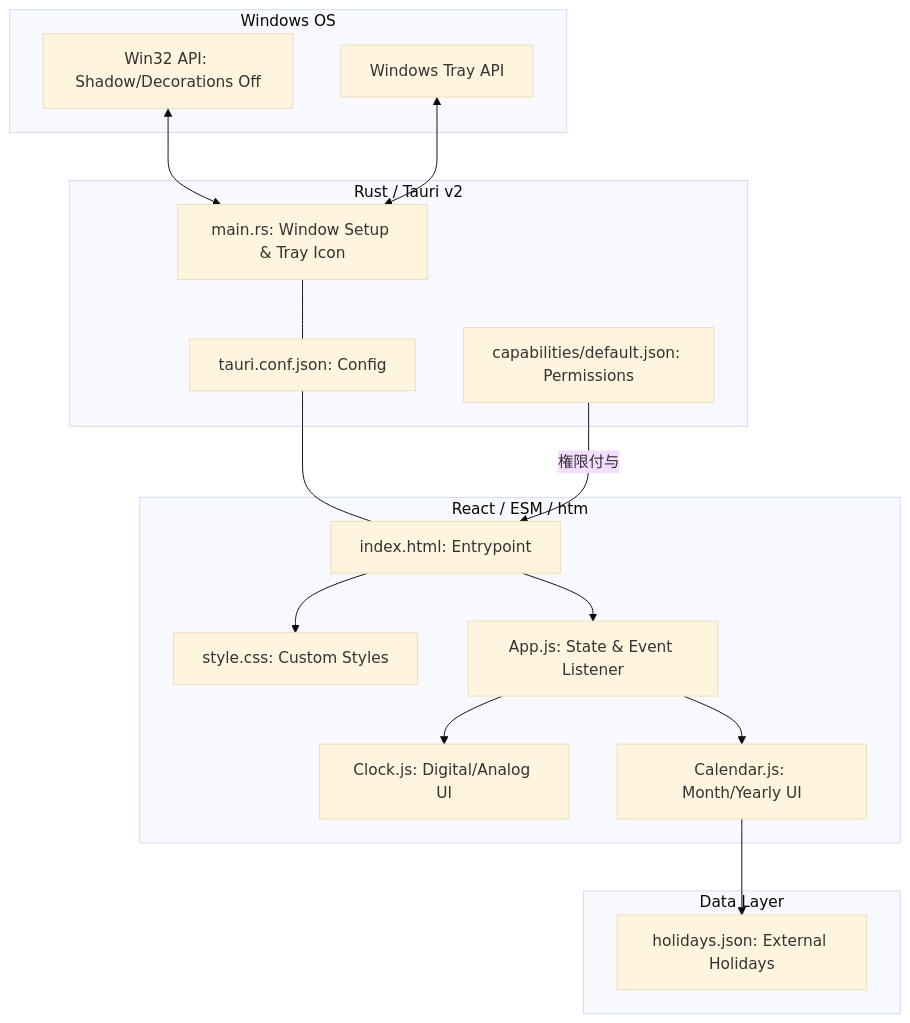
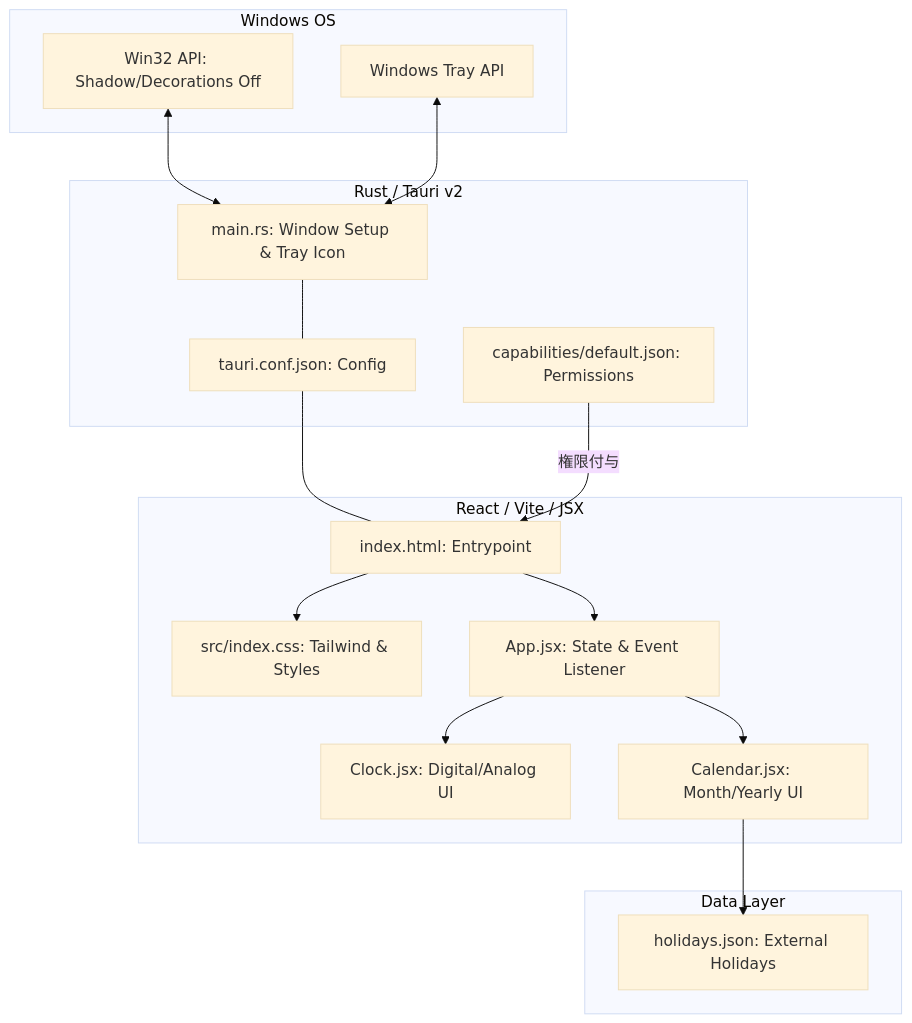
The diagram in docs/SPECIFICATION.md (tkshnkgwr/clondar), drawn with Mermaid (base theme) before and after one commit. The commit also changed other lines of this file and 24 other files, not shown here.

````diff
--- a/docs/SPECIFICATION.md
+++ b/docs/SPECIFICATION.md
@@ -12,36 +12,36 @@
 ```mermaid
 graph TD
     subgraph OS_Layer [Windows OS]
         WinAPI[Win32 API: Shadow/Decorations Off]
         TrayAPI[Windows Tray API]
     end
     
     subgraph Tauri_Backend [Rust / Tauri v2]
         MainRS[main.rs: Window Setup & Tray Icon]
         Conf[tauri.conf.json: Config]
         Cap[capabilities/default.json: Permissions]
     end
     
-    subgraph Frontend_UI [React / ESM / htm]
+    subgraph Frontend_UI [React / Vite / JSX]
         HTML[index.html: Entrypoint]
-        CSS[style.css: Custom Styles]
-        AppJS[App.js: State & Event Listener]
-        ClockJS[Clock.js: Digital/Analog UI]
-        CalendarJS[Calendar.js: Month/Yearly UI]
+        CSS[src/index.css: Tailwind & Styles]
+        AppJSX[App.jsx: State & Event Listener]
+        ClockJSX[Clock.jsx: Digital/Analog UI]
+        CalendarJSX[Calendar.jsx: Month/Yearly UI]
     end
 
     subgraph Config_Data [Data Layer]
         HolidaysJSON[holidays.json: External Holidays]
     end
 
     WinAPI <--> MainRS
     TrayAPI <--> MainRS
     MainRS --- Conf
     Conf --- HTML
     Cap -- 権限付与 --> HTML
-    HTML --> AppJS
-    AppJS --> ClockJS
-    AppJS --> CalendarJS
-    CalendarJS --> HolidaysJSON
+    HTML --> AppJSX
+    AppJSX --> ClockJSX
+    AppJSX --> CalendarJSX
+    CalendarJSX --> HolidaysJSON
     HTML --> CSS
 ```
````
